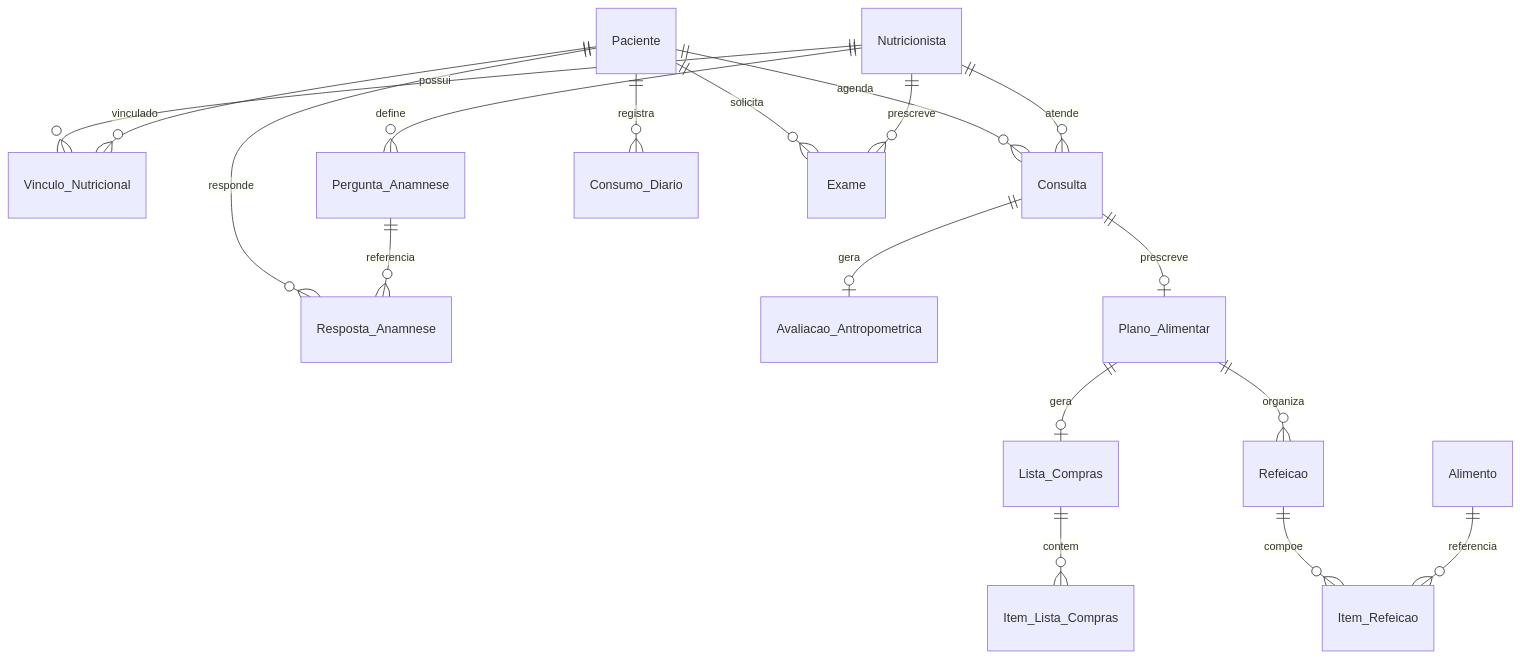
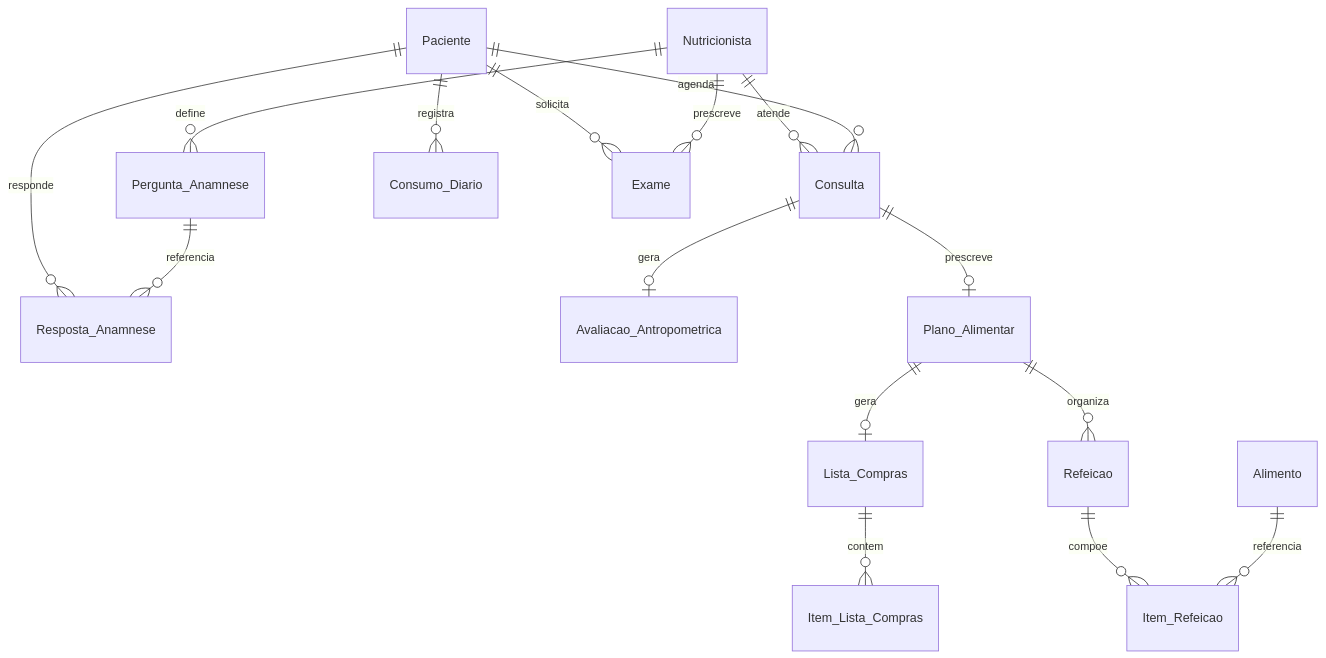
The diagram in docs/arquitetura/banco-de-dados.md (Artur-Falavinha/TCC-Nutri4You), drawn with Mermaid before and after one commit. The commit also changed other lines of this file and 15 other files, not shown here.

````diff
--- a/docs/arquitetura/banco-de-dados.md
+++ b/docs/arquitetura/banco-de-dados.md
@@ -19,20 +19,18 @@
 ```mermaid
 erDiagram
-    Nutricionista ||--o{ Vinculo_Nutricional : possui
-    Paciente ||--o{ Vinculo_Nutricional : vinculado
+    Nutricionista ||--o{ Consulta : atende
+    Paciente ||--o{ Consulta : agenda
     Nutricionista ||--o{ Pergunta_Anamnese : define
     Paciente ||--o{ Resposta_Anamnese : responde
     Pergunta_Anamnese ||--o{ Resposta_Anamnese : referencia
-    Paciente ||--o{ Consulta : agenda
-    Nutricionista ||--o{ Consulta : atende
     Consulta ||--o| Avaliacao_Antropometrica : gera
     Consulta ||--o| Plano_Alimentar : prescreve
     Plano_Alimentar ||--o| Lista_Compras : gera
     Lista_Compras ||--o{ Item_Lista_Compras : contem
     Plano_Alimentar ||--o{ Refeicao : organiza
     Refeicao ||--o{ Item_Refeicao : compoe
     Alimento ||--o{ Item_Refeicao : referencia
     Paciente ||--o{ Consumo_Diario : registra
     Paciente ||--o{ Exame : solicita
     Nutricionista ||--o{ Exame : prescreve
 ```
````
